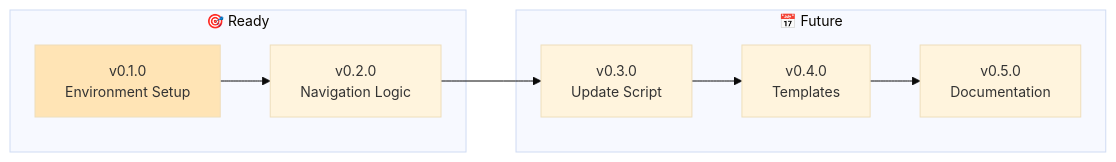
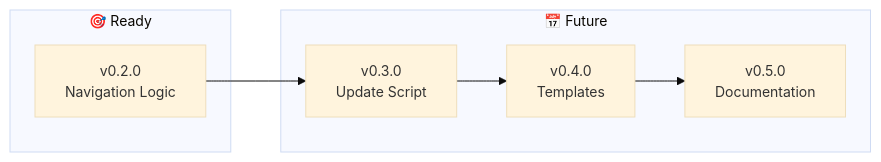
The diagram in ROADMAP.md (nonlinear/backstage), drawn with Mermaid before and after one commit. The commit also changed other lines of this file and 1 other file, not shown here.

First line of the commit message:
Complete v0.1.0: Environment Setup

````diff
--- a/ROADMAP.md
+++ b/ROADMAP.md
@@ -14,21 +14,17 @@
 ```mermaid
 %%{init: {'theme':'base', 'themeVariables': { 'fontSize':'14px'}}}%%
 graph LR
     subgraph "🎯 Ready"
-        V01[v0.1.0<br/>Environment Setup]
         V02[v0.2.0<br/>Navigation Logic]
     end
 
     subgraph "📅 Future"
         V03[v0.3.0<br/>Update Script]
         V04[v0.4.0<br/>Templates]
         V05[v0.5.0<br/>Documentation]
     end
 
-    V01 --> V02
     V02 --> V03
     V03 --> V04
     V04 --> V05
-
-    style V01 fill:#FFE4B5
 ```
````
